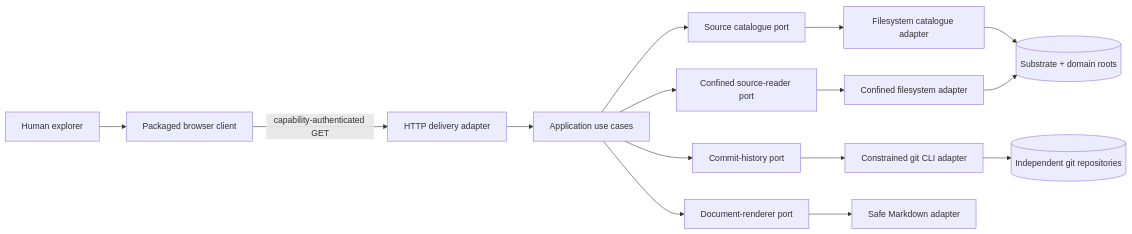
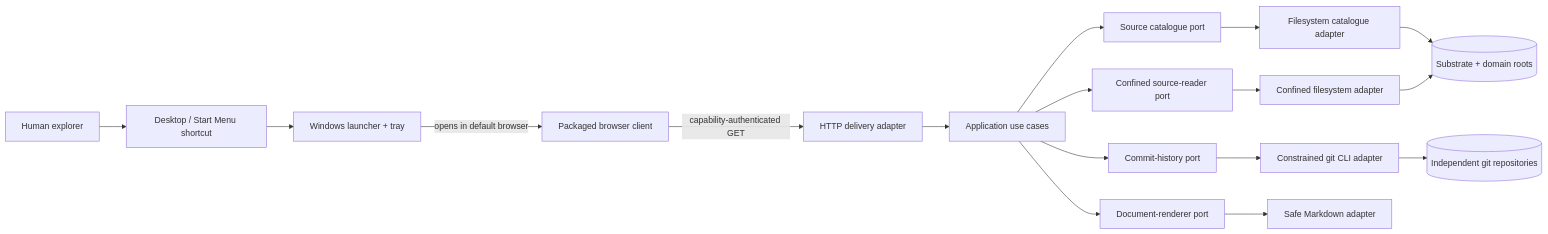
Before and after one commit to JanoshMoshiri/MarkdownLLM: the diagram in explorer/docs/design.md, drawn with Mermaid. The commit also changed other lines of this file and 6 other files, not shown here.

First line of the commit message:
specify: native Windows installation and desktop launch

````diff
--- a/explorer/docs/design.md
+++ b/explorer/docs/design.md
@@ -52,17 +64,19 @@
 ```mermaid
 flowchart LR
-    Human[Human explorer] --> Browser[Packaged browser client]
+    Human[Human explorer] --> Shortcut[Desktop / Start Menu shortcut]
+    Shortcut --> WinApp[Windows launcher + tray]
+    WinApp -->|opens in default browser| Browser[Packaged browser client]
     Browser -->|capability-authenticated GET| HTTP[HTTP delivery adapter]
     HTTP --> UC[Application use cases]
     UC --> CAT[Source catalogue port]
     UC --> FILE[Confined source-reader port]
     UC --> HIST[Commit-history port]
     UC --> RENDER[Document-renderer port]
     CAT --> FS1[Filesystem catalogue adapter]
     FILE --> FS2[Confined filesystem adapter]
     HIST --> GIT[Constrained git CLI adapter]
     RENDER --> MD[Safe Markdown adapter]
     FS1 --> Estate[(Substrate + domain roots)]
     FS2 --> Estate
     GIT --> Repos[(Independent git repositories)]
 ```
````
